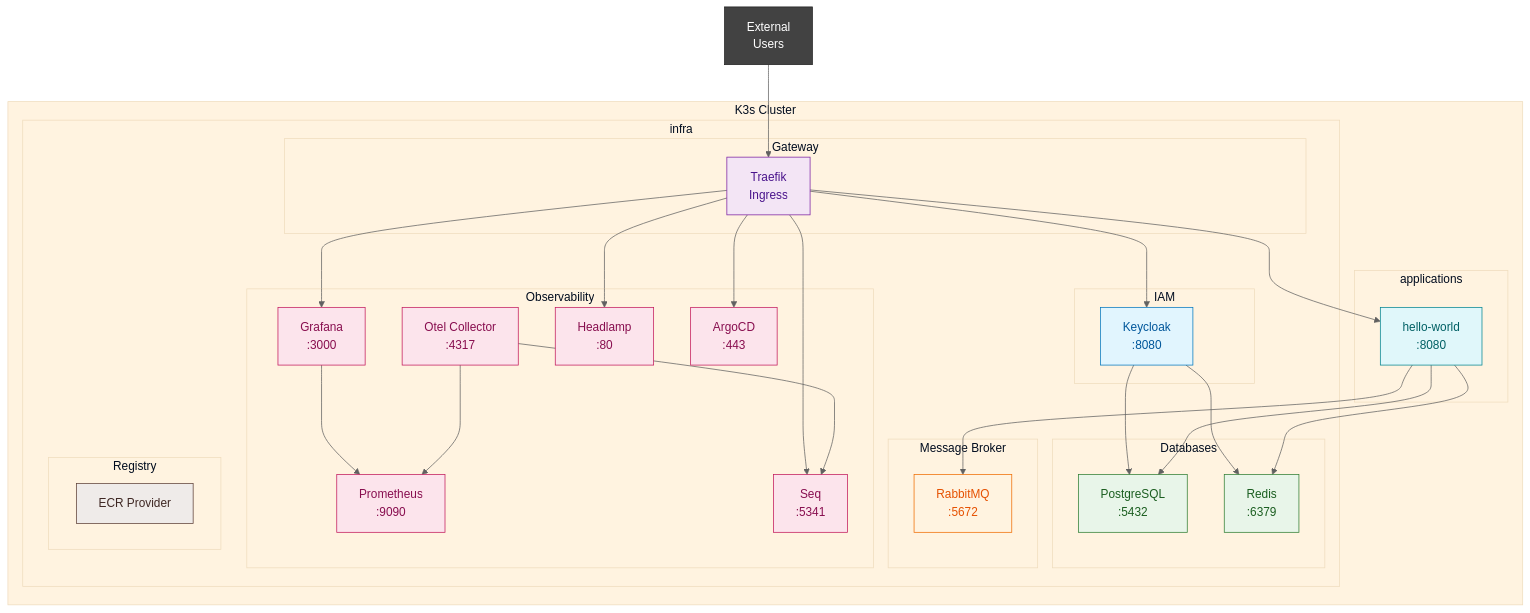
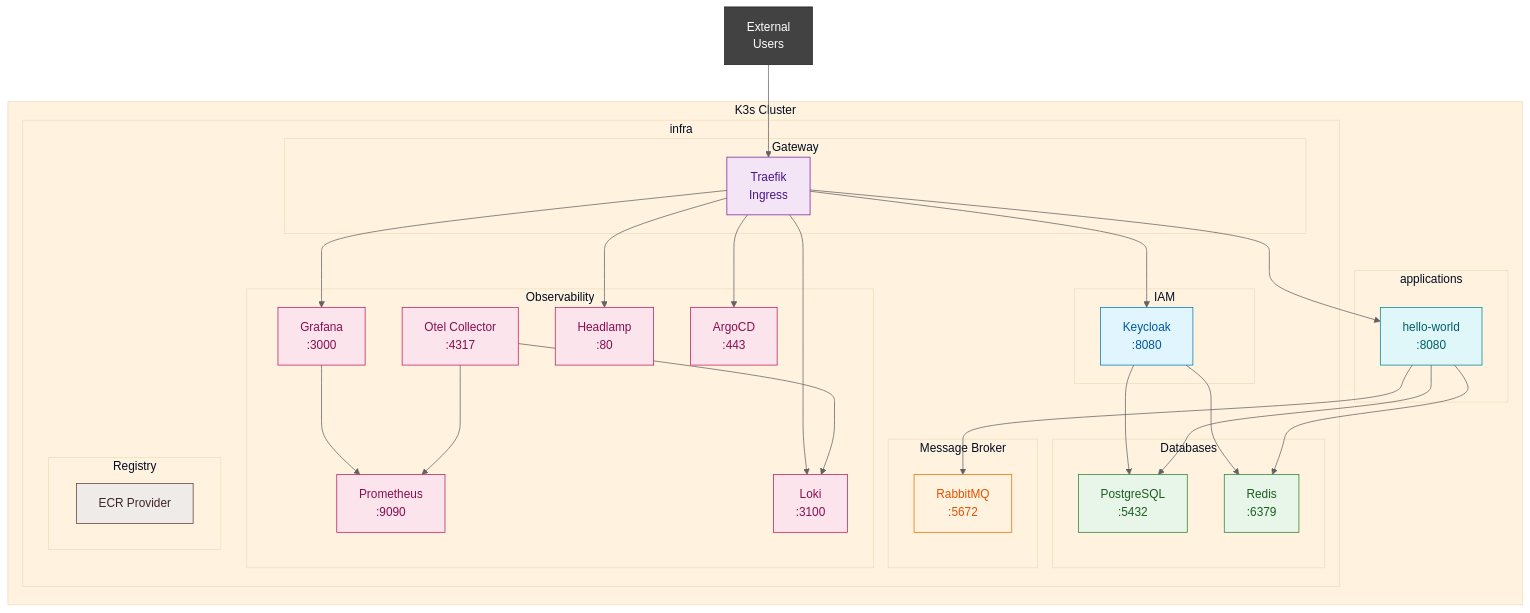
One commit to eramosr16/k8s-boostrap changed the diagram in docs/cluster-diagram.md. Above: the diagram before and after it, drawn with Mermaid. The commit also changed other lines of this file and 27 other files, not shown here.

````diff
--- a/docs/cluster-diagram.md
+++ b/docs/cluster-diagram.md
@@ -3,79 +3,79 @@
 ```mermaid
 %%{init: {'theme': 'base', 'themeVariables': {'primaryColor': '#e3f2fd', 'primaryTextColor': '#1565c0', 'primaryBorderColor': '#1976d2', 'lineColor': '#616161', 'secondaryColor': '#f3e5f5', 'tertiaryColor': '#fff3e0'}}}%%
 flowchart TB
     subgraph K3s["K3s Cluster"]
         subgraph infra_ns["infra"]
             subgraph dbs["Databases"]
                 PG["PostgreSQL<br/>:5432"]
                 RD["Redis<br/>:6379"]
             end
             
             subgraph mq["Message Broker"]
                 RMQ["RabbitMQ<br/>:5672"]
             end
             
             subgraph iam["IAM"]
                 KC["Keycloak<br/>:8080"]
             end
             
             subgraph obs["Observability"]
                 PRO["Prometheus<br/>:9090"]
                 GRAF["Grafana<br/>:3000"]
-                SEQ["Seq<br/>:5341"]
+                LOKI["Loki<br/>:3100"]
                 OTEL["Otel Collector<br/>:4317"]
                 HEAD["Headlamp<br/>:80"]
                 ARGO["ArgoCD<br/>:443"]
             end
             
             subgraph gw["Gateway"]
                 TRF["Traefik<br/>Ingress"]
             end
             
             subgraph reg["Registry"]
                 ECR["ECR Provider"]
             end
         end
         
         subgraph apps_ns["applications"]
             HW["hello-world<br/>:8080"]
         end
     end
     
     EXT["External<br/>Users"] --> TRF
     TRF --> KC
     TRF --> GRAF
     TRF --> ARGO
-    TRF --> SEQ
+    TRF --> LOKI
     TRF --> HEAD
     TRF --> HW
     
     KC --> PG
     KC --> RD
     
     GRAF --> PRO
     
     OTEL --> PRO
-    OTEL --> SEQ
+    OTEL --> LOKI
     
     HW --> PG
     HW --> RD
     HW --> RMQ
     
     classDef db fill:#e8f5e9,stroke:#2e7d32,color:#1b5e20
     classDef broker fill:#fff3e0,stroke:#ef6c00,color:#e65100
     classDef iam fill:#e1f5fe,stroke:#0277bd,color:#01579b
     classDef obs fill:#fce4ec,stroke:#c2185b,color:#880e4f
     classDef gw fill:#f3e5f5,stroke:#7b1fa2,color:#4a148c
     classDef reg fill:#efebe9,stroke:#5d4037,color:#3e2723
     classDef app fill:#e0f7fa,stroke:#00838f,color:#006064
     classDef user fill:#424242,stroke:#212121,color:#ffffff
     
     class PG,RD db
     class RMQ broker
     class KC iam
-    class PRO,GRAF,SEQ,OTEL,HEAD,ARGO obs
+    class PRO,GRAF,LOKI,OTEL,HEAD,ARGO obs
     class TRF gw
     class ECR reg
     class HW app
     class EXT user
 ```
````
